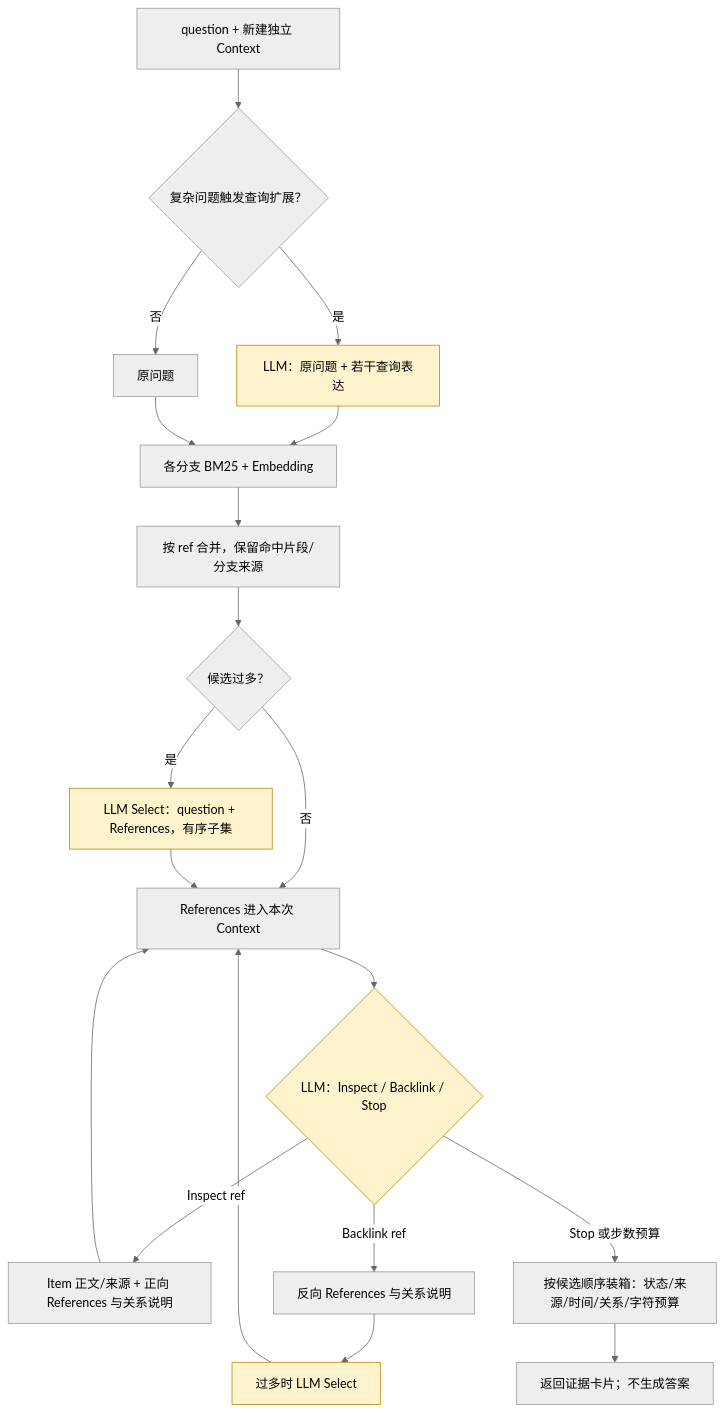
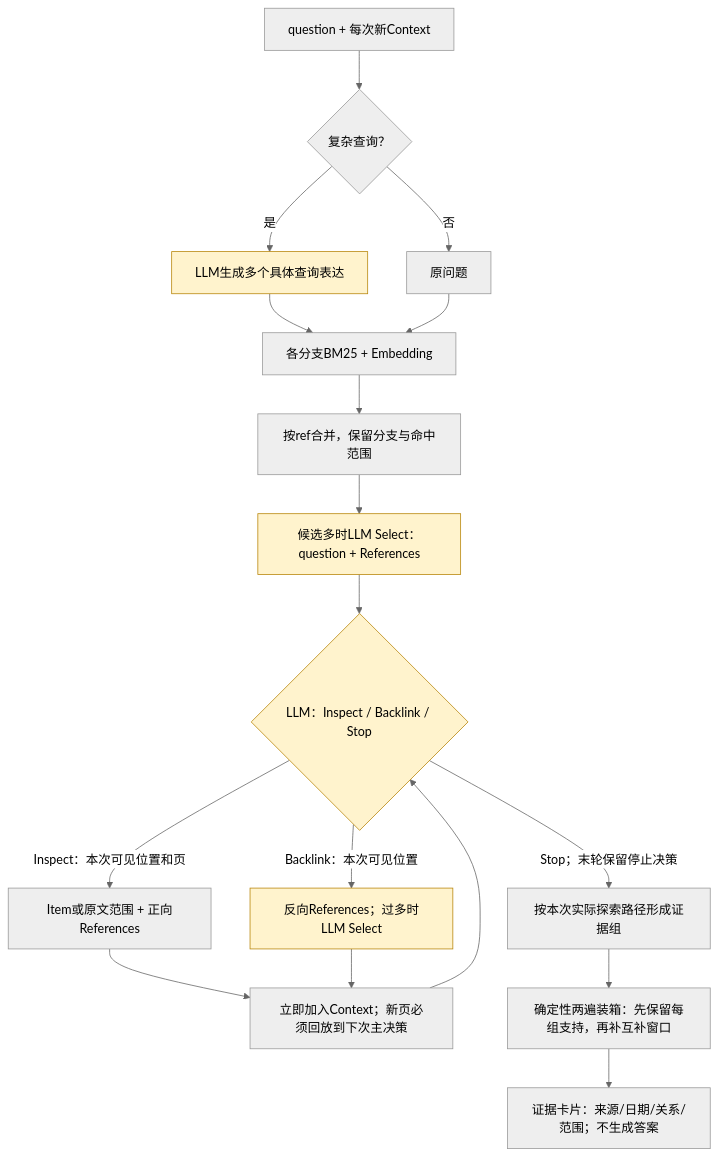
The second of 2 diagrams in DESIGN.md (Graygoo7529/AM-Link), drawn with Mermaid (neutral theme) before and after one commit. The commit also changed other lines of this file and 38 other files, not shown here.

````diff
--- a/DESIGN.md
+++ b/DESIGN.md
@@ -80,23 +56,21 @@
 ```mermaid
 flowchart TD
-  A[question + 新建独立 Context] --> B{复杂问题触发查询扩展？}
-  B -->|是| C[LLM：原问题 + 若干查询表达]
-  B -->|否| D[原问题]
-  C --> E[各分支 BM25 + Embedding]
-  D --> E
-  E --> F[按 ref 合并，保留命中片段/分支来源]
-  F --> G{候选过多？}
-  G -->|是| S[LLM Select：question + References，有序子集]
-  G -->|否| H[References 进入本次 Context]
-  S --> H
-  H --> I{LLM：Inspect / Backlink / Stop}
-  I -->|Inspect ref| J[Item 正文/来源 + 正向 References 与关系说明]
-  J --> H
-  I -->|Backlink ref| K[反向 References 与关系说明]
-  K --> L[过多时 LLM Select]
-  L --> H
-  I -->|Stop 或步数预算| M[按候选顺序装箱：状态/来源/时间/关系/字符预算]
-  M --> N[返回证据卡片；不生成答案]
-  classDef llm fill:#fff3cd,stroke:#b8860b,color:#000
-  class C,S,I,L llm
+ A[question + 每次新Context] --> B{复杂查询？}
+ B -->|是| C[LLM生成多个具体查询表达]
+ B -->|否| D[原问题]
+ C --> Q[各分支BM25 + Embedding]
+ D --> Q
+ Q --> U[按ref合并，保留分支与命中范围]
+ U --> S[候选多时LLM Select：question + References]
+ S --> L{LLM：Inspect / Backlink / Stop}
+ L -->|Inspect：本次可见位置和页| I[Item或原文范围 + 正向References]
+ L -->|Backlink：本次可见位置| K[反向References；过多时LLM Select]
+ I --> P[立即加入Context；新页必须回放到下次主决策]
+ K --> P
+ P --> L
+ L -->|Stop；末轮保留停止决策| G[按本次实际探索路径形成证据组]
+ G --> F[确定性两遍装箱：先保留每组支持，再补互补窗口]
+ F --> O[证据卡片：来源/日期/关系/范围；不生成答案]
+ classDef llm fill:#fff3cd,stroke:#b8860b,color:#000
+ class C,S,L,K llm
 ```
````
